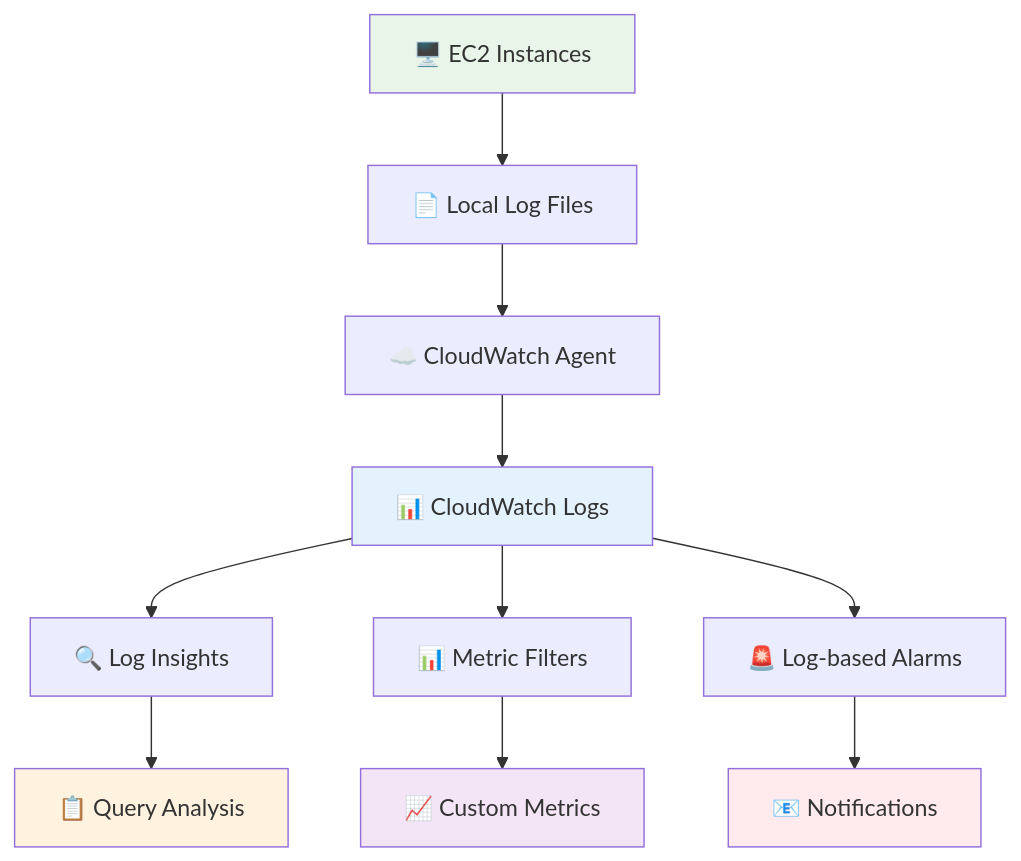
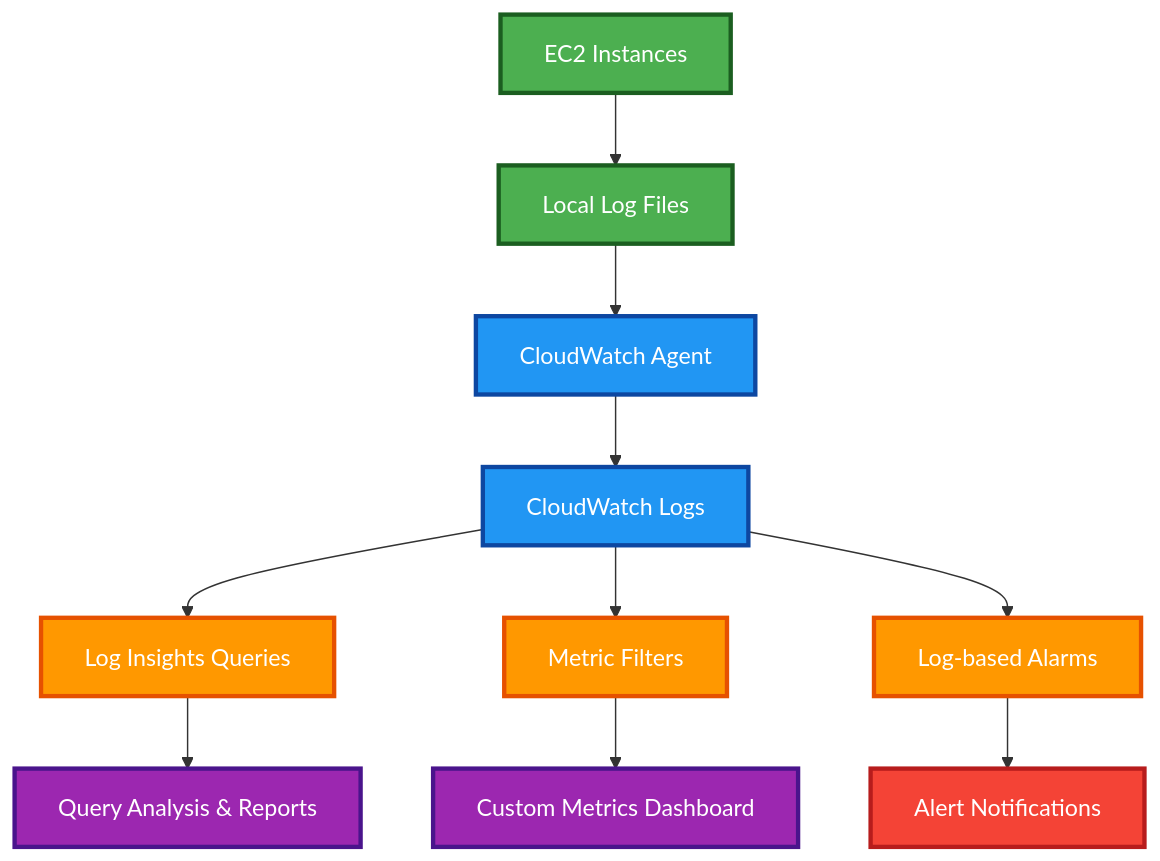
One commit to mangucletus/proxy-lamp-stack-application changed the seventh of 7 diagrams in README.md. Above: the diagram before and after it, drawn with Mermaid. The commit also changed other lines of this file and 1 other file, not shown here.

````diff
--- a/README.md
+++ b/README.md
@@ -1084,20 +1122,26 @@
 ```mermaid
 flowchart TD
-    A[🖥️ EC2 Instances] --> B[📄 Local Log Files]
-    B --> C[☁️ CloudWatch Agent]
-    C --> D[📊 CloudWatch Logs]
+    A[EC2 Instances] --> B[Local Log Files]
+    B --> C[CloudWatch Agent]
+    C --> D[CloudWatch Logs]
     
-    D --> E[🔍 Log Insights]
-    D --> F[📊 Metric Filters]
-    D --> G[🚨 Log-based Alarms]
+    D --> E[Log Insights Queries]
+    D --> F[Metric Filters]
+    D --> G[Log-based Alarms]
     
-    E --> H[📋 Query Analysis]
-    F --> I[📈 Custom Metrics]
-    G --> J[📧 Notifications]
+    E --> H[Query Analysis & Reports]
+    F --> I[Custom Metrics Dashboard]
+    G --> J[Alert Notifications]
     
-    style A fill:#e8f5e8
-    style D fill:#e3f2fd
-    style H fill:#fff3e0
-    style I fill:#f3e5f5
-    style J fill:#ffebee
+    classDef serverClass fill:#4caf50,stroke:#1b5e20,stroke-width:3px,color:#fff
+    classDef logClass fill:#2196f3,stroke:#0d47a1,stroke-width:3px,color:#fff
+    classDef cloudwatchClass fill:#ff9800,stroke:#e65100,stroke-width:3px,color:#fff
+    classDef analysisClass fill:#9c27b0,stroke:#4a148c,stroke-width:3px,color:#fff
+    classDef alertClass fill:#f44336,stroke:#b71c1c,stroke-width:3px,color:#fff
+    
+    class A,B serverClass
+    class C,D logClass
+    class E,F,G cloudwatchClass
+    class H,I analysisClass
+    class J alertClass
 ```
````
